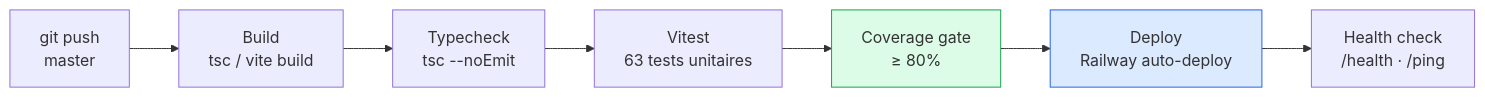
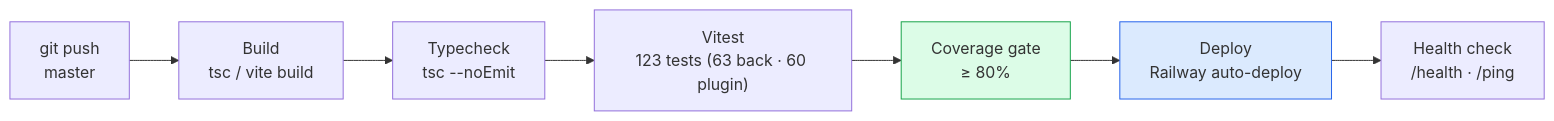
One commit to Hardi99/design-guardian changed the sixth of 6 diagrams in docs/BC01/01-architecture.md. Above: the diagram before and after it, drawn with Mermaid. The commit also changed other lines of this file and 2 other files, not shown here.

Commit message:
docs(BC01): update Mermaid diagrams (exportAsync SVG, 123 tests, fix deploy edge)

````diff
--- a/docs/BC01/01-architecture.md
+++ b/docs/BC01/01-architecture.md
@@ -197,12 +199,12 @@
 ```mermaid
 graph LR
     Commit["git push\nmaster"] --> Build["Build\ntsc / vite build"]
     Build --> Types["Typecheck\ntsc --noEmit"]
-    Types --> Tests["Vitest\n63 tests unitaires"]
+    Types --> Tests["Vitest\n123 tests (63 back · 60 plugin)"]
     Tests --> Coverage["Coverage gate\n≥ 80%"]
     Coverage --> Deploy["Deploy\nRailway auto-deploy"]
     Deploy --> Health["Health check\n/health · /ping"]
 
     style Coverage fill:#dcfce7,stroke:#16a34a
     style Deploy fill:#dbeafe,stroke:#2563eb
 ```
````
